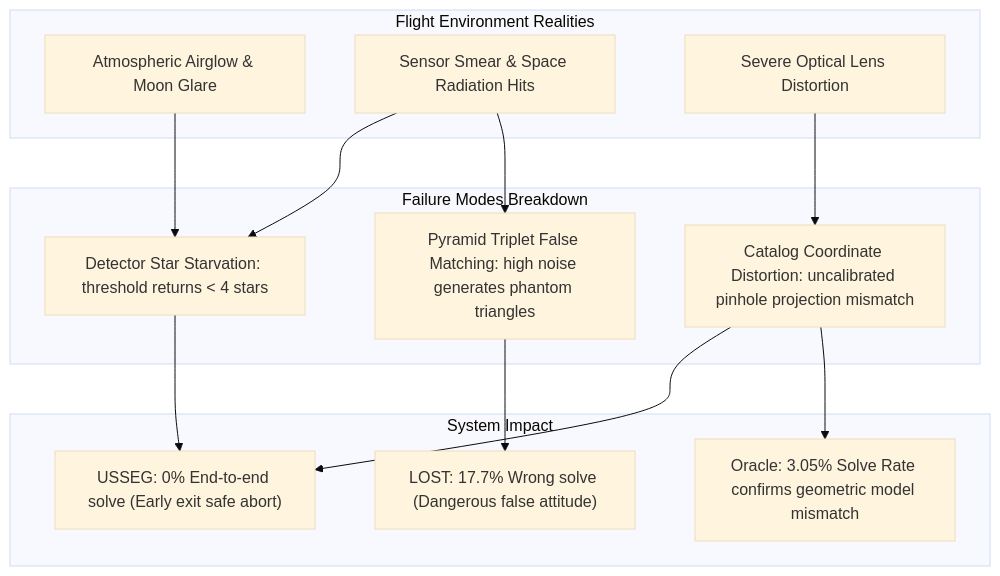
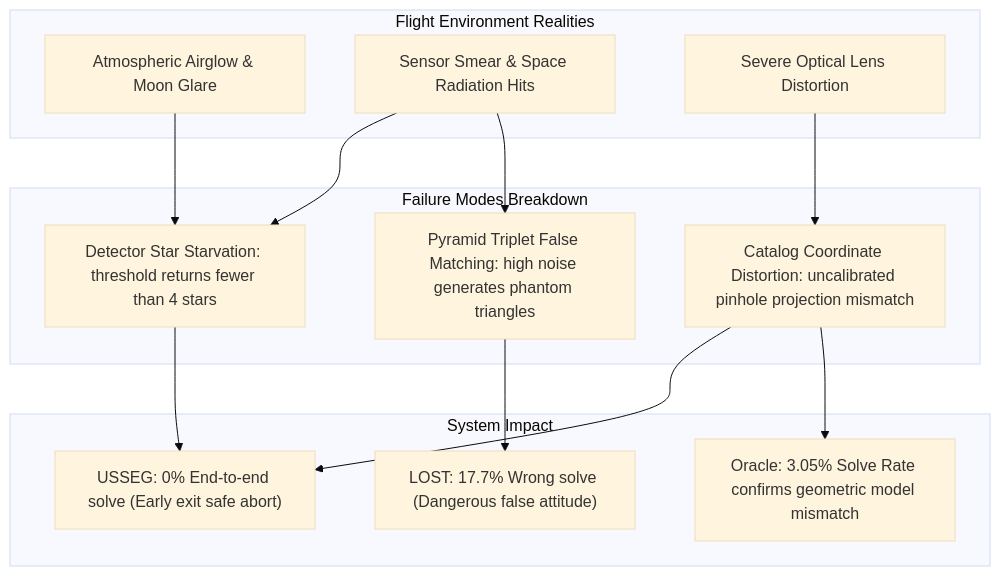
Before and after one commit to itschnmy/usseg_startracker: the diagram in docs/02_benchmark_comparison.md, drawn with Mermaid (base theme). The commit also changed 2 other files, not shown here.

Commit message:
fix: resolve mermaid syntax errors (angle brackets, cylinder syntax, and sequence brackets) across docs

````diff
--- a/docs/02_benchmark_comparison.md
+++ b/docs/02_benchmark_comparison.md
@@ -102,30 +102,30 @@
 ```mermaid
 flowchart TD
     subgraph DUST_Flight_Challenges["Flight Environment Realities"]
         N1["Atmospheric Airglow & Moon Glare"]
         N2["Sensor Smear & Space Radiation Hits"]
         N3["Severe Optical Lens Distortion"]
     end
 
     subgraph Failure_Modes["Failure Modes Breakdown"]
-        F1["Detector Star Starvation: threshold returns < 4 stars"]
+        F1["Detector Star Starvation: threshold returns fewer than 4 stars"]
         F2["Catalog Coordinate Distortion: uncalibrated pinhole projection mismatch"]
         F3["Pyramid Triplet False Matching: high noise generates phantom triangles"]
     end
 
     subgraph Impact["System Impact"]
         I1["USSEG: 0% End-to-end solve (Early exit safe abort)"]
         I2["LOST: 17.7% Wrong solve (Dangerous false attitude)"]
         I3["Oracle: 3.05% Solve Rate confirms geometric model mismatch"]
     end
 
     N1 --> F1
     N2 --> F1
     N3 --> F2
     N2 --> F3
 
     F1 --> I1
     F2 --> I1
     F2 --> I3
     F3 --> I2
 ```
````
